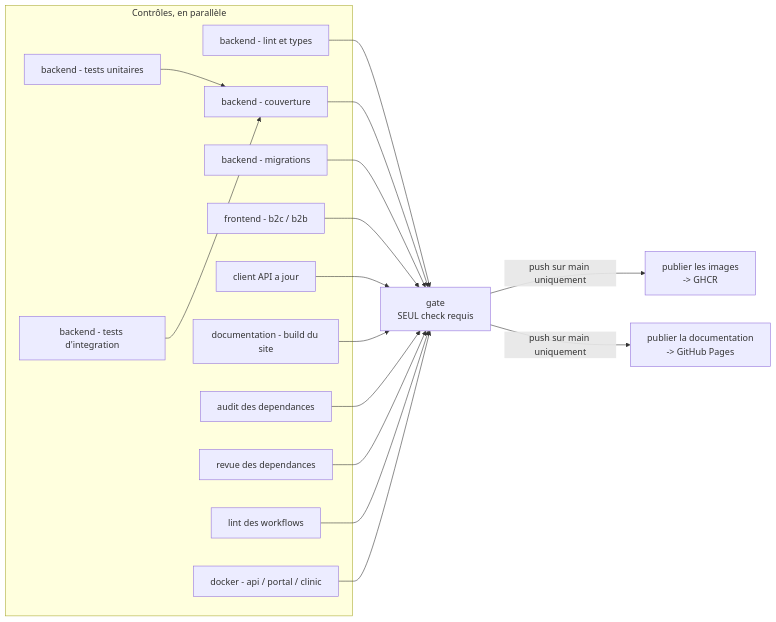
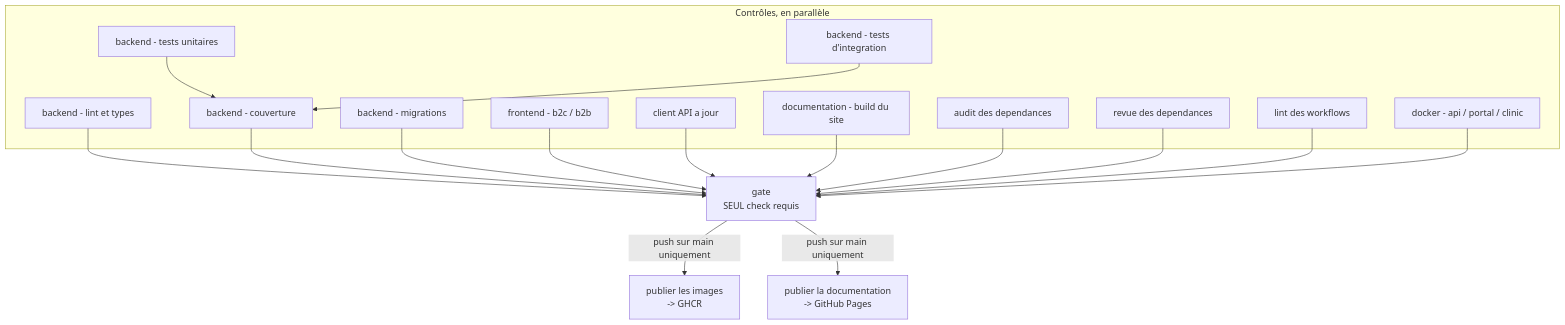
One commit to kederiku/VetLib changed the diagram in documentation/docs/exploitation/pipeline-ci.md. Above: the diagram before and after it, drawn with Mermaid. The commit also changed 7 other files, not shown here.

First line of the commit message:
feat(docs): bouton « Agrandir » sur les diagrammes Mermaid (#20)

````diff
--- a/documentation/docs/exploitation/pipeline-ci.md
+++ b/documentation/docs/exploitation/pipeline-ci.md
@@ -15,34 +15,34 @@
 ```mermaid
-flowchart LR
+flowchart TD
   subgraph Controles["Contrôles, en parallèle"]
     A["backend - lint et types"]
     B["backend - tests unitaires"]
     C["backend - tests d'integration"]
     D["backend - couverture"]
     E["backend - migrations"]
     F["frontend - b2c / b2b"]
     G["client API a jour"]
     H["documentation - build du site"]
     I["audit des dependances"]
     J["revue des dependances"]
     K["lint des workflows"]
     L["docker - api / portal / clinic"]
   end
 
   B --> D
   C --> D
 
   A --> GATE["gate<br/>SEUL check requis"]
   D --> GATE
   E --> GATE
   F --> GATE
   G --> GATE
   H --> GATE
   I --> GATE
   J --> GATE
   K --> GATE
   L --> GATE
 
   GATE -->|"push sur main uniquement"| PUB["publier les images<br/>-> GHCR"]
   GATE -->|"push sur main uniquement"| DOC["publier la documentation<br/>-> GitHub Pages"]
 ```
````
